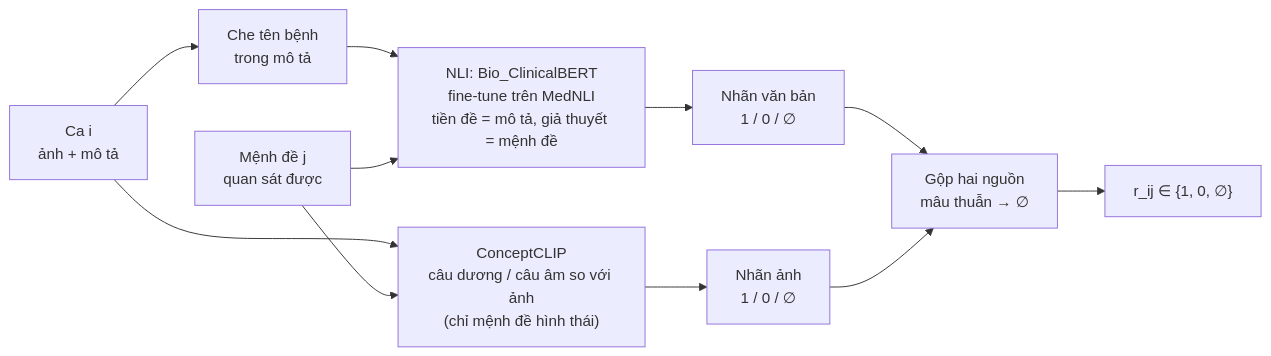
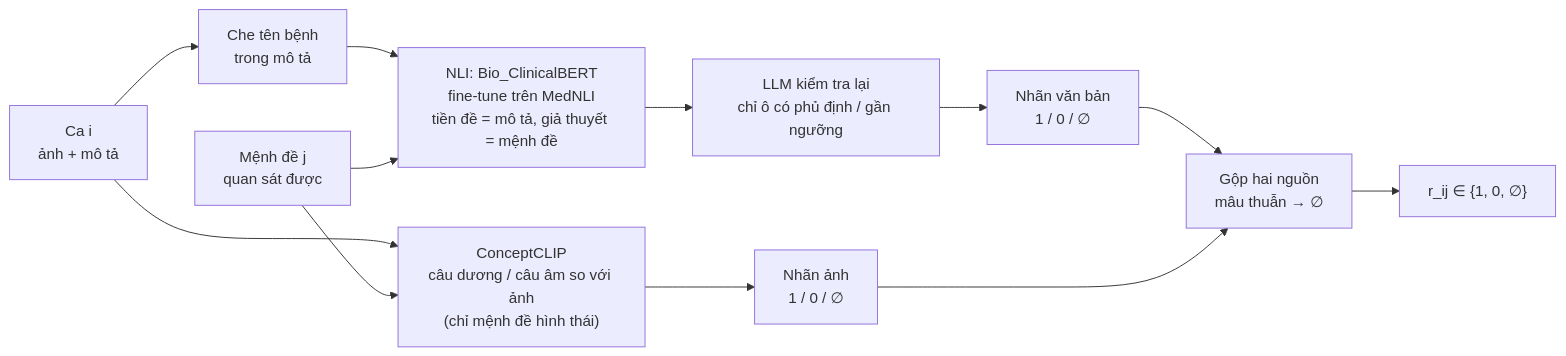
One commit to trisle0805/RAD-colab changed the second of 5 diagrams in docs_coding/CauChuyen_LuanVan_Final.md. Above: the diagram before and after it, drawn with Mermaid. The commit also changed other lines of this file and 13 other files, not shown here.

````diff
--- a/docs_coding/CauChuyen_LuanVan_Final.md
+++ b/docs_coding/CauChuyen_LuanVan_Final.md
@@ -260,20 +267,21 @@
 ```mermaid
 flowchart LR
     CASE["Ca i<br/>ảnh + mô tả"]
     PROP["Mệnh đề j<br/>quan sát được"]
     MASK["Che tên bệnh<br/>trong mô tả"]
     NLI["NLI: Bio_ClinicalBERT<br/>fine-tune trên MedNLI<br/>tiền đề = mô tả, giả thuyết = mệnh đề"]
     IMG["ConceptCLIP<br/>câu dương / câu âm so với ảnh<br/>(chỉ mệnh đề hình thái)"]
+    LLM["LLM kiểm tra lại<br/>chỉ ô có phủ định / gần ngưỡng"]
     TXT_L["Nhãn văn bản<br/>1 / 0 / ∅"]
     IMG_L["Nhãn ảnh<br/>1 / 0 / ∅"]
     FUSE["Gộp hai nguồn<br/>mâu thuẫn → ∅"]
     OUT["r_ij ∈ {1, 0, ∅}"]
 
     CASE --> MASK --> NLI
     PROP --> NLI
     CASE --> IMG
     PROP --> IMG
-    NLI --> TXT_L --> FUSE
+    NLI --> LLM --> TXT_L --> FUSE
     IMG --> IMG_L --> FUSE
     FUSE --> OUT
 ```
````
